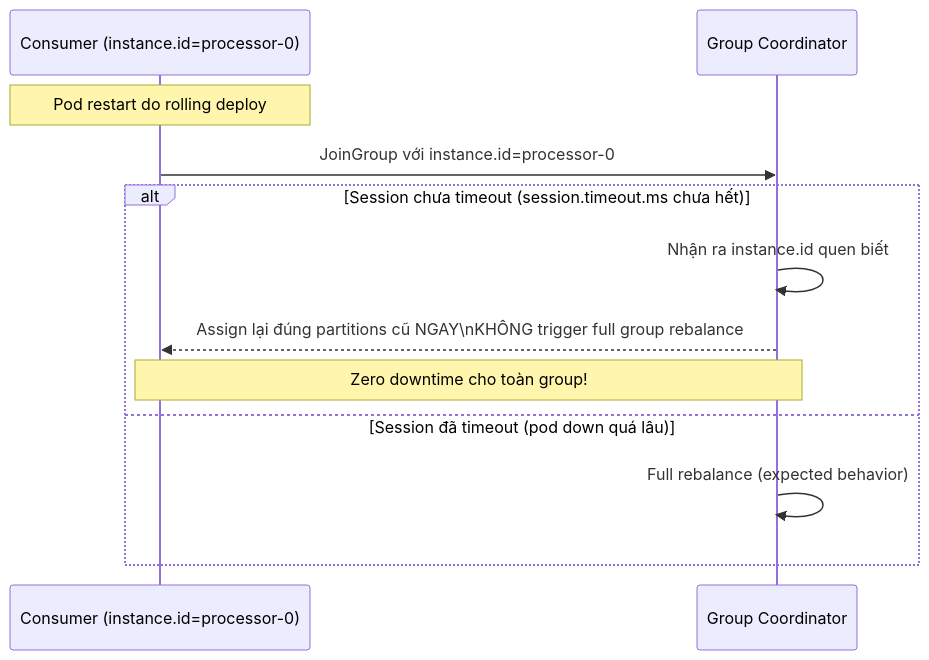
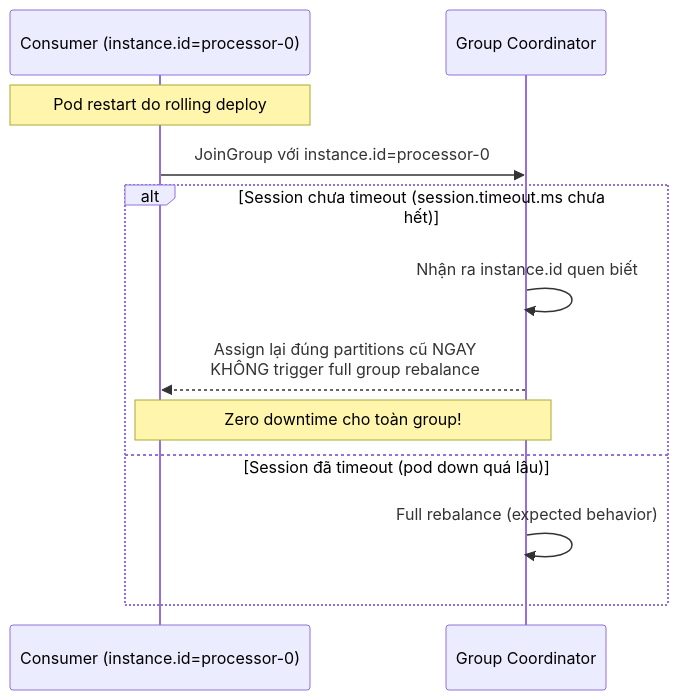
Before and after one commit to dangthobach/dangthobach.github.io: diagram 15 of 23 in quartz/content/Microservices-Patterns/Kafka-Configuration-Deep-Dive.md, drawn with Mermaid. The commit also changed other lines of this file and 114 other files, not shown here.

````diff
--- a/quartz/content/Microservices-Patterns/Kafka-Configuration-Deep-Dive.md
+++ b/quartz/content/Microservices-Patterns/Kafka-Configuration-Deep-Dive.md
@@ -676,16 +676,16 @@
 ```mermaid
 sequenceDiagram
     participant C as Consumer (instance.id=processor-0)
     participant GC as Group Coordinator
 
     Note over C: Pod restart do rolling deploy
     C->>GC: JoinGroup với instance.id=processor-0
 
     alt Session chưa timeout (session.timeout.ms chưa hết)
         GC->>GC: Nhận ra instance.id quen biết
-        GC-->>C: Assign lại đúng partitions cũ NGAY\nKHÔNG trigger full group rebalance
+        GC-->>C: Assign lại đúng partitions cũ NGAY<br/>KHÔNG trigger full group rebalance
         Note over C,GC: Zero downtime cho toàn group!
     else Session đã timeout (pod down quá lâu)
         GC->>GC: Full rebalance (expected behavior)
     end
 ```
````
